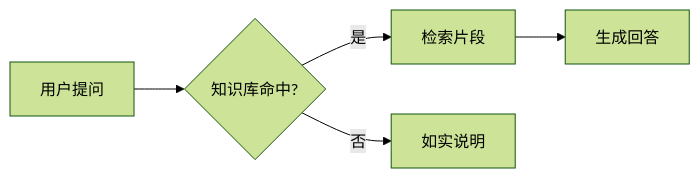
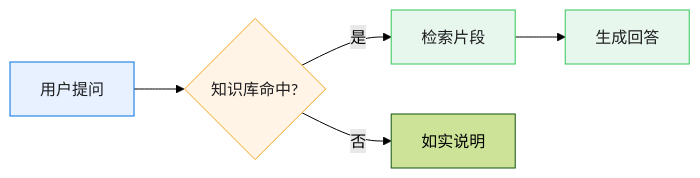
The diagram in app-ts/prompts/agents/main.md (atoncooper/MindBase), drawn with Mermaid (forest theme) before and after one commit. The commit also changed other lines of this file and 157 other files, not shown here.

````diff
--- a/app-ts/prompts/agents/main.md
+++ b/app-ts/prompts/agents/main.md
@@ -82,7 +100,13 @@
 ```mermaid
 flowchart LR
   A[用户提问] --> B{知识库命中?}
   B -->|是| C[检索片段]
   B -->|否| D[如实说明]
   C --> E[生成回答]
+  classDef start fill:#e8f1ff,stroke:#0071e3,color:#1d1d1f;
+  classDef decision fill:#fff4e5,stroke:#f5a623,color:#1d1d1f;
+  classDef success fill:#e8f7ee,stroke:#34c759,color:#1d1d1f;
+  class A start
+  class B decision
+  class C,E success
 ```
````
